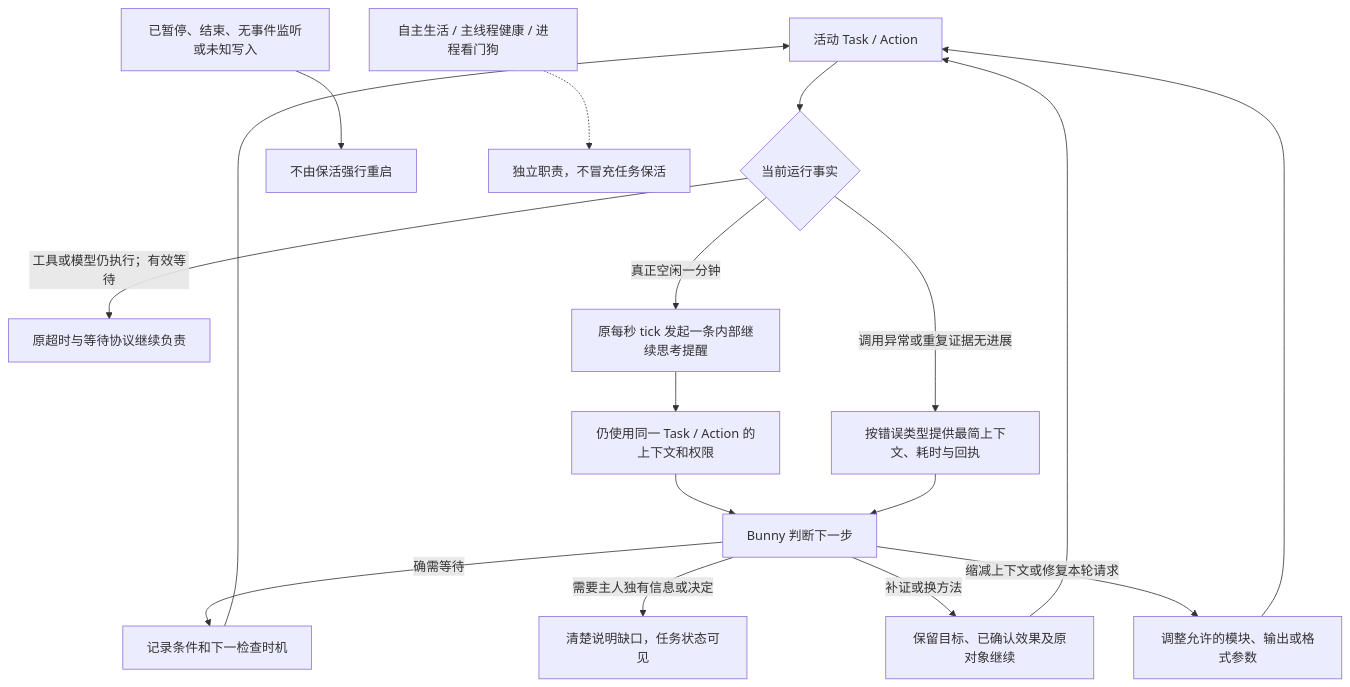
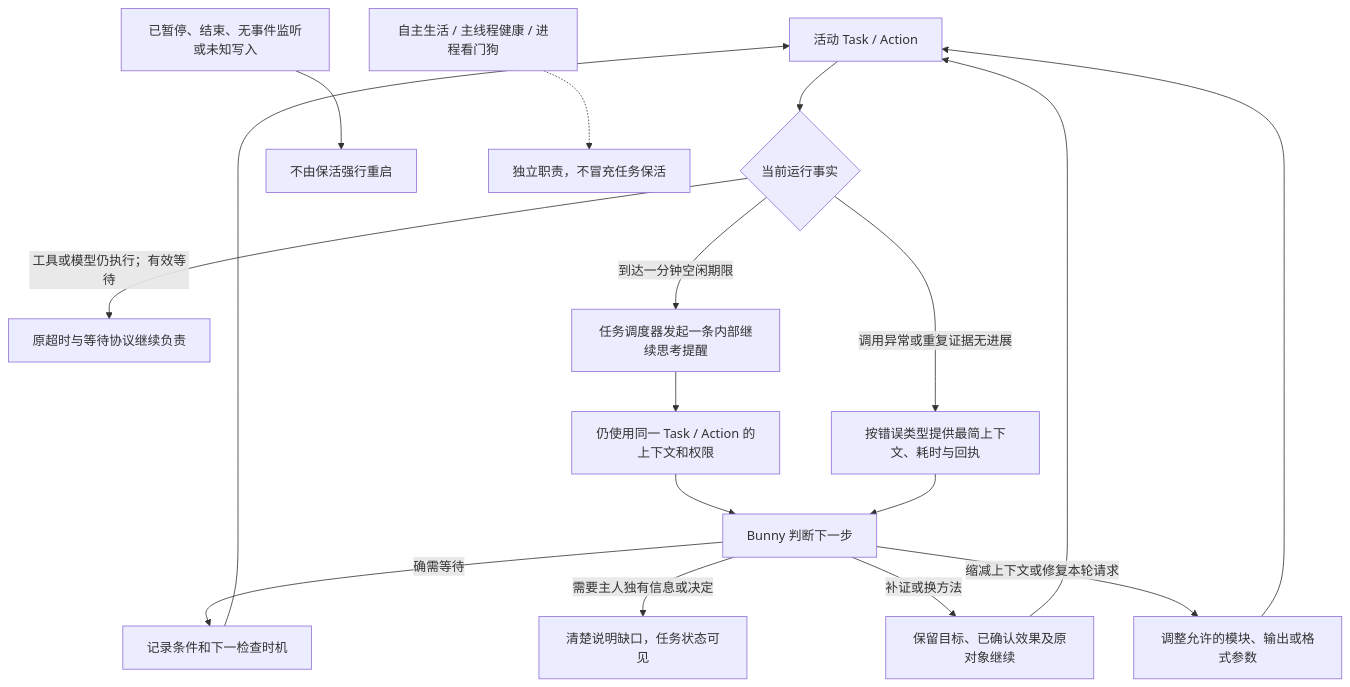
The seventh of 8 diagrams in docs/flows.md (zhyuzh3d/workbunny), drawn with Mermaid before and after one commit. The commit also changed other lines of this file and 61 other files, not shown here.

````diff
--- a/docs/flows.md
+++ b/docs/flows.md
@@ -172,19 +172,19 @@
 ```mermaid
 flowchart TD
     Active["活动 Task / Action"] --> Health{"当前运行事实"}
     Health -->|"工具或模型仍执行；有效等待"| Continue["原超时与等待协议继续负责"]
     Health -->|"调用异常或重复证据无进展"| Diagnose["按错误类型提供最简上下文、耗时与回执"]
-    Health -->|"真正空闲一分钟"| Reminder["原每秒 tick 发起一条内部继续思考提醒"]
+    Health -->|"到达一分钟空闲期限"| Reminder["任务调度器发起一条内部继续思考提醒"]
     Reminder --> Original["仍使用同一 Task / Action 的上下文和权限"]
     Original --> Decide["Bunny 判断下一步"]
     Diagnose --> Decide
     Decide -->|"缩减上下文或修复本轮请求"| Tune["调整允许的模块、输出或格式参数"]
     Decide -->|"补证或换方法"| Replan["保留目标、已确认效果及原对象继续"]
     Decide -->|"确需等待"| Wait["记录条件和下一检查时机"]
     Decide -->|"需要主人独有信息或决定"| Ask["清楚说明缺口，任务状态可见"]
     Tune --> Active
     Replan --> Active
     Wait --> Active
     Inactive["已暂停、结束、无事件监听或未知写入"] --> Exclude["不由保活强行重启"]
     Global["自主生活 / 主线程健康 / 进程看门狗"] -.-> Separate["独立职责，不冒充任务保活"]
 ```
````
